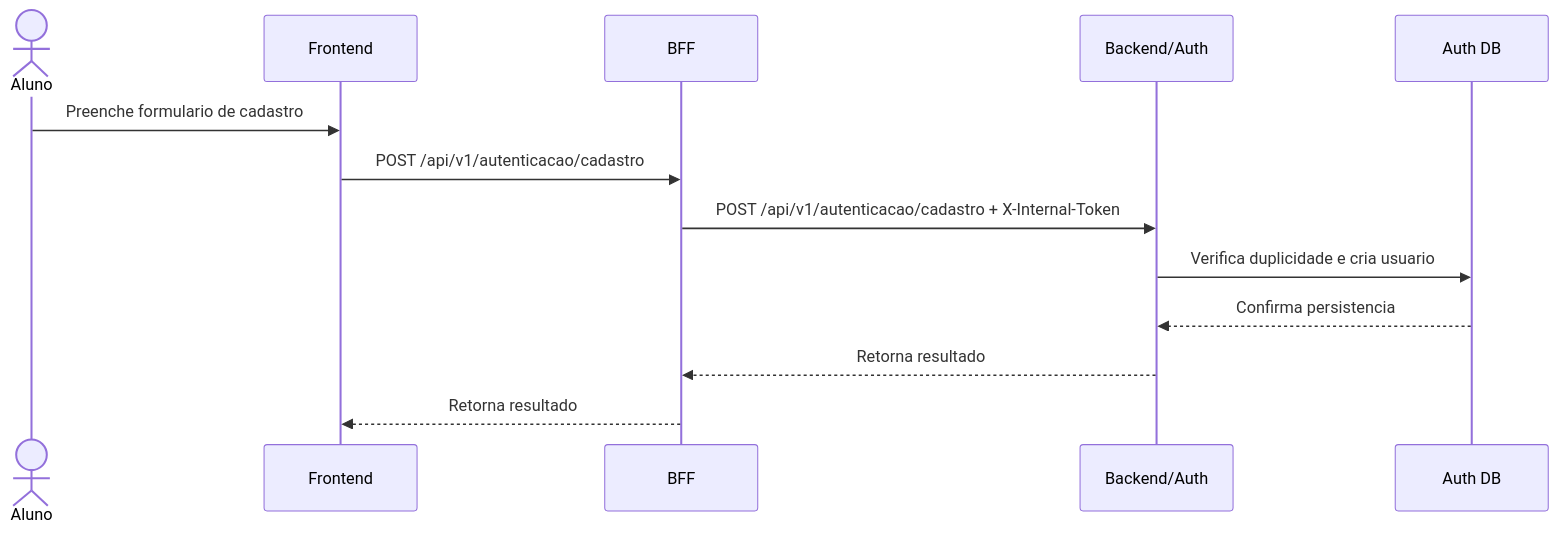
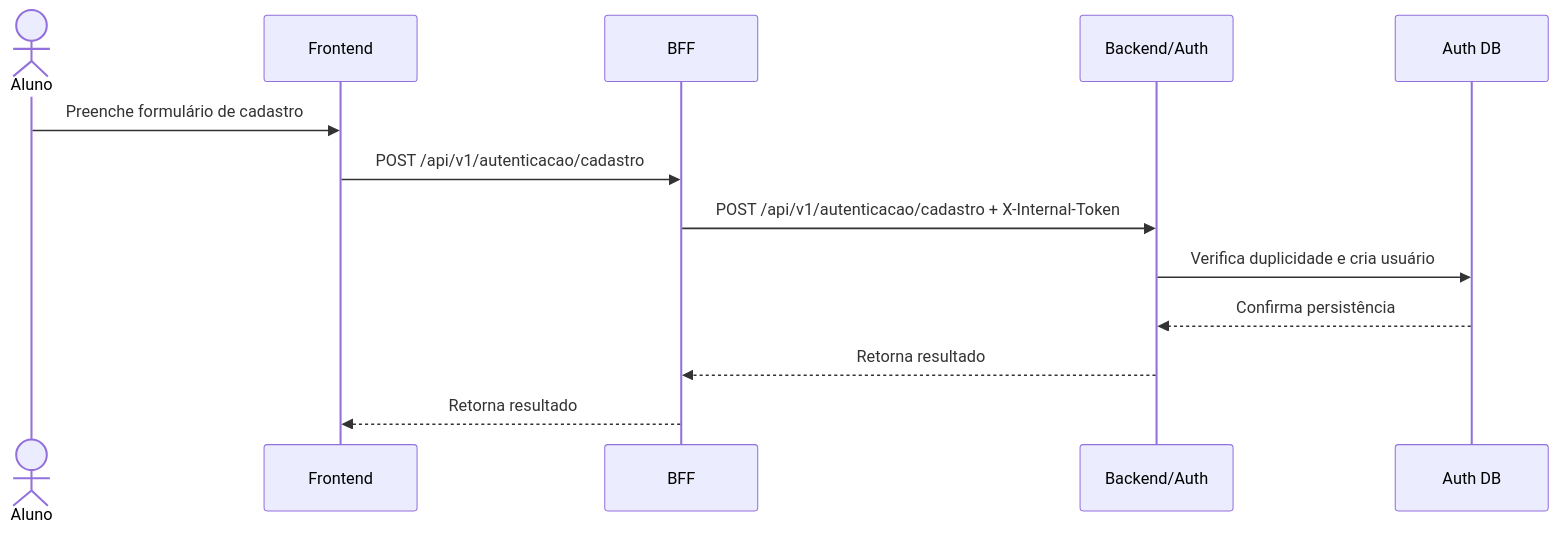
One commit to fga-eps-mds/2026-1-AnatoQuizUp-Doc changed the second of 5 diagrams in docs/arquitetura/visoes/processos.md. Above: the diagram before and after it, drawn with Mermaid. The commit also changed other lines of this file and 8 other files, not shown here.

````diff
--- a/docs/arquitetura/visoes/processos.md
+++ b/docs/arquitetura/visoes/processos.md
@@ -33,16 +33,16 @@
 ```mermaid
 sequenceDiagram
     actor Aluno
     participant Frontend
     participant BFF
     participant Auth as Backend/Auth
     participant DB as Auth DB
 
-    Aluno->>Frontend: Preenche formulario de cadastro
+    Aluno->>Frontend: Preenche formulário de cadastro
     Frontend->>BFF: POST /api/v1/autenticacao/cadastro
     BFF->>Auth: POST /api/v1/autenticacao/cadastro + X-Internal-Token
-    Auth->>DB: Verifica duplicidade e cria usuario
-    DB-->>Auth: Confirma persistencia
+    Auth->>DB: Verifica duplicidade e cria usuário
+    DB-->>Auth: Confirma persistência
     Auth-->>BFF: Retorna resultado
     BFF-->>Frontend: Retorna resultado
 ```
````
